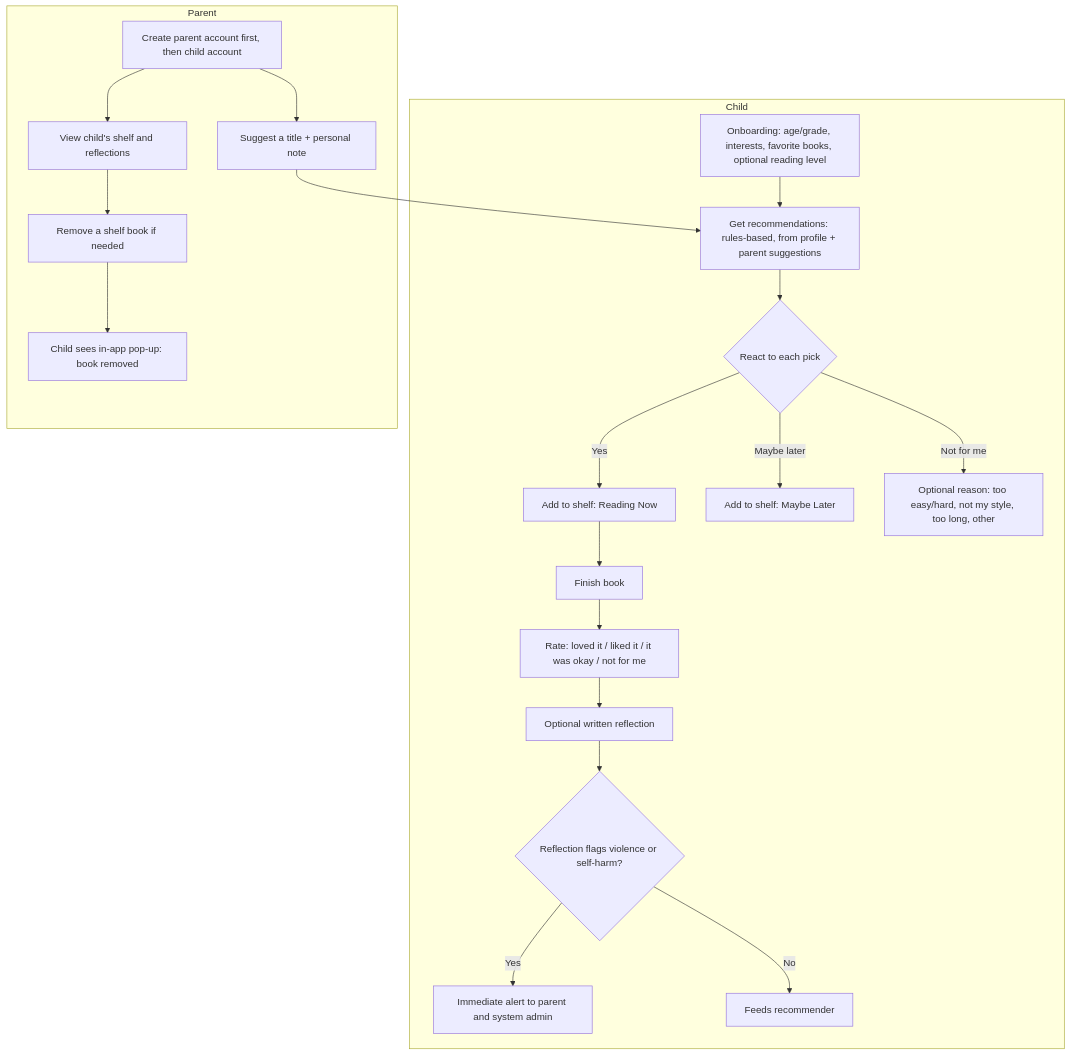
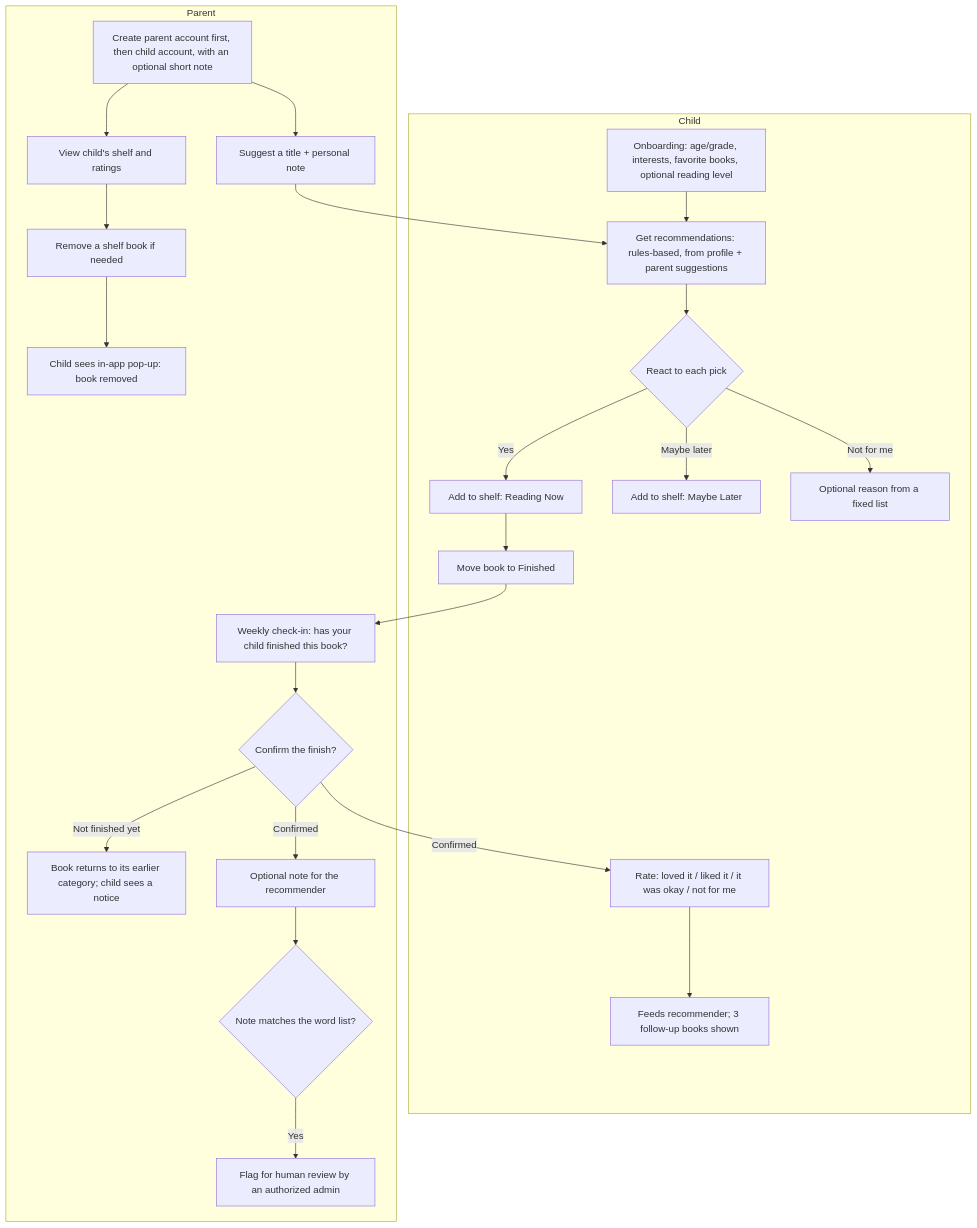
One commit to videogames21/book_buddies changed the second of 2 diagrams in docs/requirements/vision-and-scope.md. Above: the diagram before and after it, drawn with Mermaid. The commit also changed other lines of this file and 10 other files, not shown here.

Commit message:
Made major changes to use cases and business rules to align them with the client answers on 10-28-2026. Re-aligned all requirement files and architectural design.

````diff
--- a/docs/requirements/vision-and-scope.md
+++ b/docs/requirements/vision-and-scope.md
@@ -112,23 +119,26 @@
 ```mermaid
 flowchart TD
   subgraph Child
     A[Onboarding: age/grade, interests, favorite books, optional reading level] --> B[Get recommendations: rules-based, from profile + parent suggestions]
     B --> C{React to each pick}
     C -- Yes --> D[Add to shelf: Reading Now]
     C -- Maybe later --> E[Add to shelf: Maybe Later]
-    C -- Not for me --> F[Optional reason: too easy/hard, not my style, too long, other]
-    D --> G[Finish book]
-    G --> H[Rate: loved it / liked it / it was okay / not for me]
-    H --> I[Optional written reflection]
-    I --> J{Reflection flags violence or self-harm?}
-    J -- Yes --> K[Immediate alert to parent and system admin]
-    J -- No --> L[Feeds recommender]
+    C -- Not for me --> F[Optional reason from a fixed list]
+    D --> G[Move book to Finished]
+    H[Rate: loved it / liked it / it was okay / not for me] --> L[Feeds recommender; 3 follow-up books shown]
   end
   subgraph Parent
-    M[Create parent account first, then child account] --> N[Suggest a title + personal note]
+    M[Create parent account first, then child account, with an optional short note] --> N[Suggest a title + personal note]
     N --> B
-    M --> O[View child's shelf and reflections]
+    M --> O[View child's shelf and ratings]
     O --> P[Remove a shelf book if needed]
     P --> Q[Child sees in-app pop-up: book removed]
+    R[Weekly check-in: has your child finished this book?] --> S{Confirm the finish?}
+    S -- Not finished yet --> T[Book returns to its earlier category; child sees a notice]
+    S -- Confirmed --> U[Optional note for the recommender]
+    U --> V{Note matches the word list?}
+    V -- Yes --> W[Flag for human review by an authorized admin]
   end
+  G --> R
+  S -- Confirmed --> H
 ```
````
